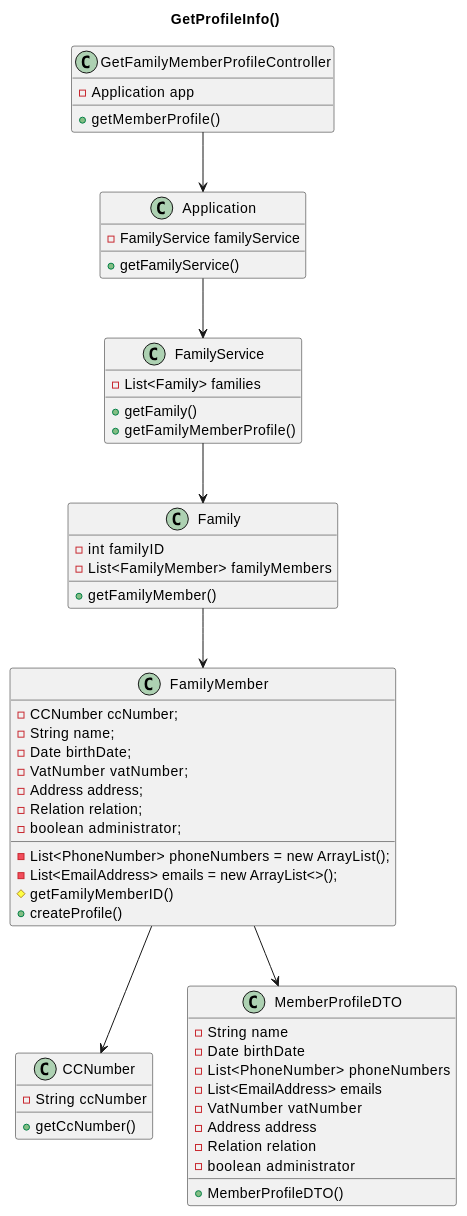
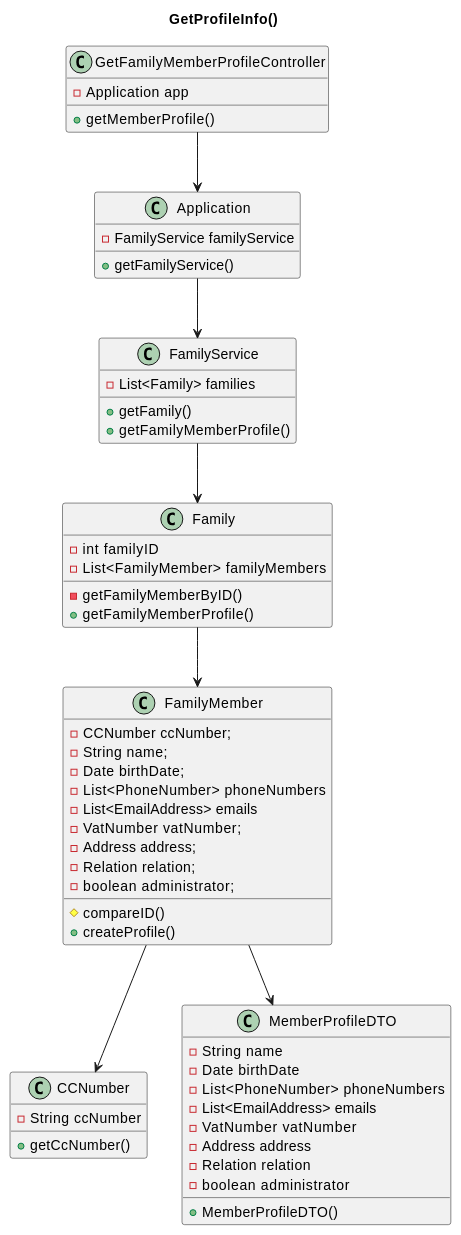
One commit to tomas-osswald/switch_2020_g3 changed the second of 2 diagrams in docs/sprint1/user_stories/US150_GetFamilyMemberProfile.md. Above: the diagram before and after it, drawn with PlantUML. The commit also changed other lines of this file and 3 other files, not shown here.

````diff
--- a/docs/sprint1/user_stories/US150_GetFamilyMemberProfile.md
+++ b/docs/sprint1/user_stories/US150_GetFamilyMemberProfile.md
@@ -113,72 +113,73 @@
 ```puml
 @startuml
 
 title GetProfileInfo()
 
 class GetFamilyMemberProfileController {
   - Application app
   + getMemberProfile()
 }
 
 class Application {
   - FamilyService familyService
   + getFamilyService()
 }
 
 class FamilyService {
   - List<Family> families
   + getFamily()
   + getFamilyMemberProfile()
 }
 
 class Family {
   - int familyID
   - List<FamilyMember> familyMembers
-  + getFamilyMember()
+  - getFamilyMemberByID()
+  + getFamilyMemberProfile()
   
 }
 
 class FamilyMember {
   - CCNumber ccNumber;
   - String name;
   - Date birthDate;
-  - List<PhoneNumber> phoneNumbers = new ArrayList();
-  - List<EmailAddress> emails = new ArrayList<>();
+  - List<PhoneNumber> phoneNumbers
+  - List<EmailAddress> emails
   - VatNumber vatNumber;
   - Address address;
   - Relation relation;
   - boolean administrator;
-  # getFamilyMemberID()
+  # compareID()
   + createProfile()
   
 }
 
 class CCNumber {
   - String ccNumber
   + getCcNumber()
   
 }
 
 class MemberProfileDTO {
   - String name
   - Date birthDate
   - List<PhoneNumber> phoneNumbers
   - List<EmailAddress> emails
   - VatNumber vatNumber
   - Address address
   - Relation relation
   - boolean administrator
   + MemberProfileDTO()
   
 }
 
 GetFamilyMemberProfileController --> Application
 Application --> FamilyService
 FamilyService --> Family
 Family --> FamilyMember
 FamilyMember --> CCNumber
 FamilyMember --> MemberProfileDTO
 
 
 @enduml
 ```
````
